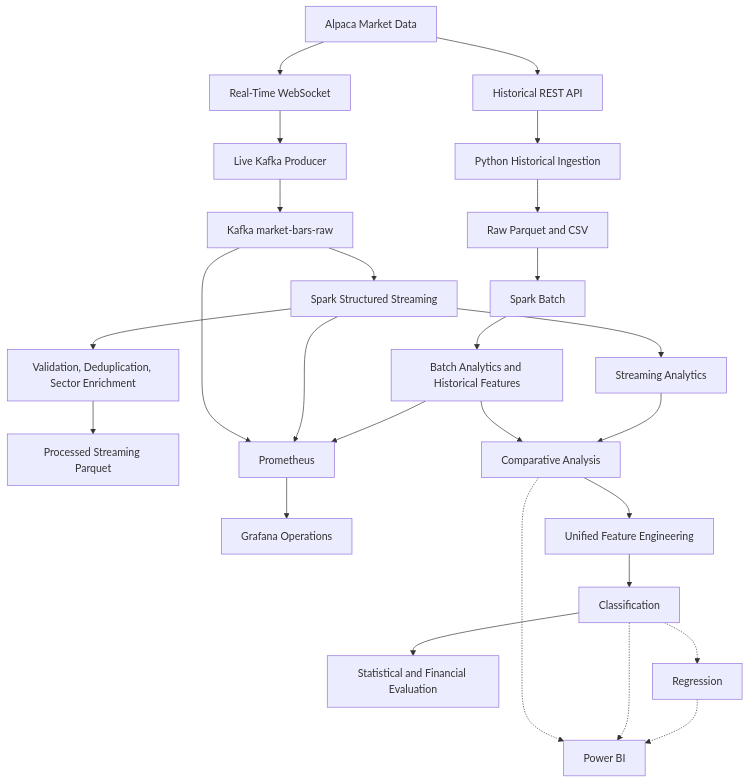
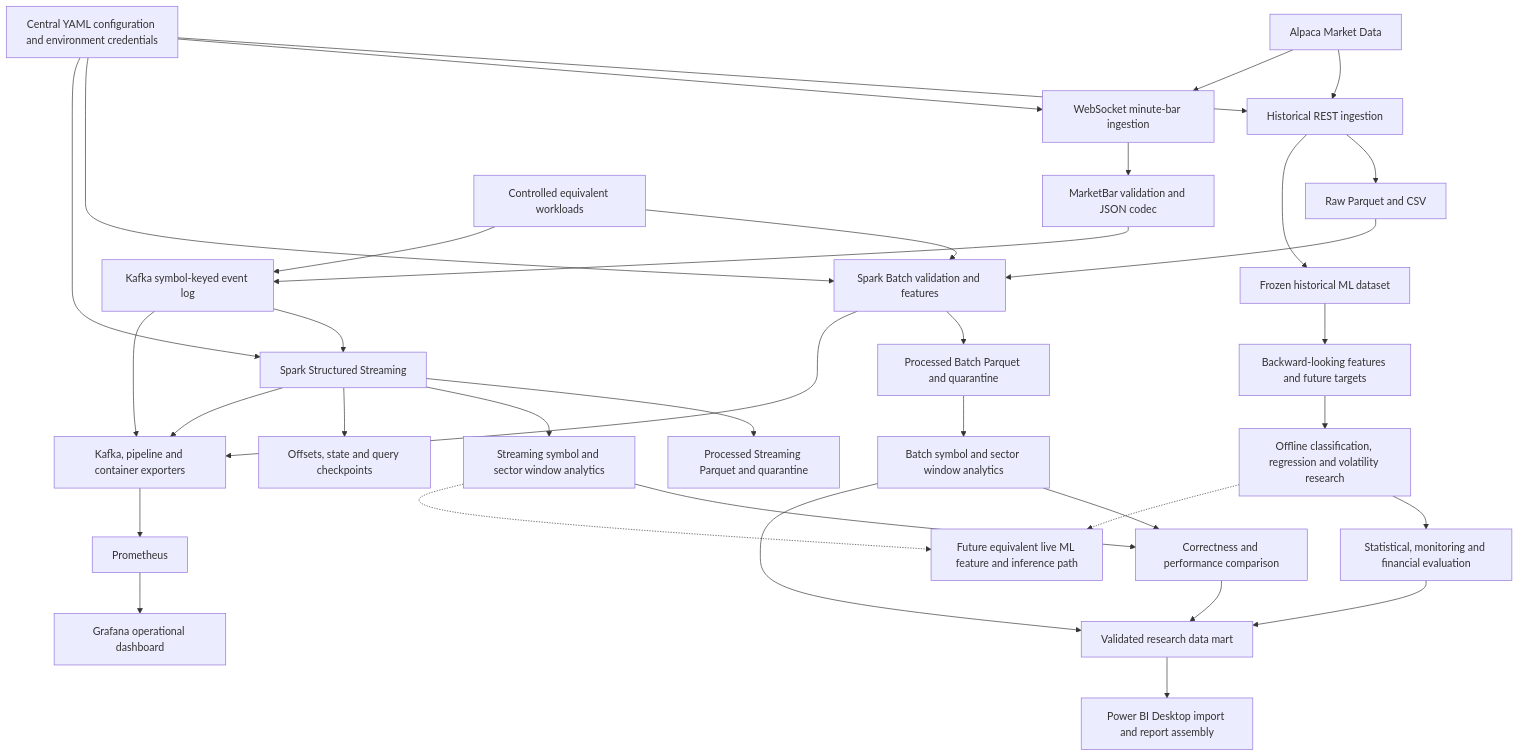
Before and after one commit to 1211882/LABGDD: the diagram in README.md, drawn with Mermaid. The commit also changed other lines of this file and 9 other files, not shown here.

Commit message:
docs: document full architecture and IEEE research evidence

````diff
--- a/README.md
+++ b/README.md
@@ -38,29 +62,40 @@
 ```mermaid
 flowchart TD
+    CFG[Central YAML configuration and environment credentials]
     A[Alpaca Market Data]
-    A --> HR[Historical REST API]
-    A --> WS[Real-Time WebSocket]
-    HR --> PI[Python Historical Ingestion]
-    PI --> RAW[Raw Parquet and CSV]
-    RAW --> SB[Spark Batch]
-    SB --> BA[Batch Analytics and Historical Features]
-    WS --> KP[Live Kafka Producer]
-    KP --> K[Kafka market-bars-raw]
-    K --> SS[Spark Structured Streaming]
-    SS --> SV[Validation, Deduplication, Sector Enrichment]
-    SV --> SP[Processed Streaming Parquet]
-    SS --> SA[Streaming Analytics]
-    BA --> CA[Comparative Analysis]
-    SA --> CA
-    K --> PROM[Prometheus]
-    SS --> PROM
-    BA --> PROM
-    PROM --> GRAF[Grafana Operations]
-    CA --> FE[Unified Feature Engineering]
-    FE --> CL[Classification]
-    CL --> EVAL[Statistical and Financial Evaluation]
-    CL -.-> REG[Regression]
-    CA -.-> PBI[Power BI]
-    CL -.-> PBI
-    REG -.-> PBI
+    A --> REST[Historical REST ingestion]
+    A --> WS[WebSocket minute-bar ingestion]
+    REST --> RAW[Raw Parquet and CSV]
+    RAW --> BATCH[Spark Batch validation and features]
+    BATCH --> BP[Processed Batch Parquet and quarantine]
+    BP --> BA[Batch symbol and sector window analytics]
+    WS --> CODEC[MarketBar validation and JSON codec]
+    CODEC --> KAFKA[Kafka symbol-keyed event log]
+    KAFKA --> STREAM[Spark Structured Streaming]
+    STREAM --> SP[Processed Streaming Parquet and quarantine]
+    STREAM --> SA[Streaming symbol and sector window analytics]
+    STREAM --> CKPT[Offsets, state and query checkpoints]
+    REPLAY[Controlled equivalent workloads] --> BATCH
+    REPLAY --> KAFKA
+    BA --> COMP[Correctness and performance comparison]
+    SA --> COMP
+    REST --> DATA[Frozen historical ML dataset]
+    DATA --> FE[Backward-looking features and future targets]
+    FE --> ML[Offline classification, regression and volatility research]
+    ML --> EVAL[Statistical, monitoring and financial evaluation]
+    BA --> MART[Validated research data mart]
+    COMP --> MART
+    EVAL --> MART
+    MART --> PBI[Power BI Desktop import and report assembly]
+    KAFKA --> EXP[Kafka, pipeline and container exporters]
+    STREAM --> EXP
+    BATCH --> EXP
+    EXP --> PROM[Prometheus]
+    PROM --> GRAF[Grafana operational dashboard]
+    SA -.-> LIVE[Future equivalent live ML feature and inference path]
+    ML -.-> LIVE
+    CFG --> REST
+    CFG --> WS
+    CFG --> BATCH
+    CFG --> STREAM
 ```
````
